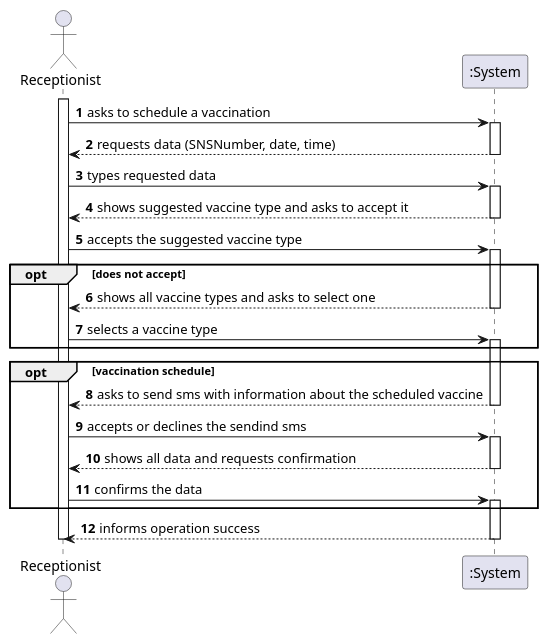
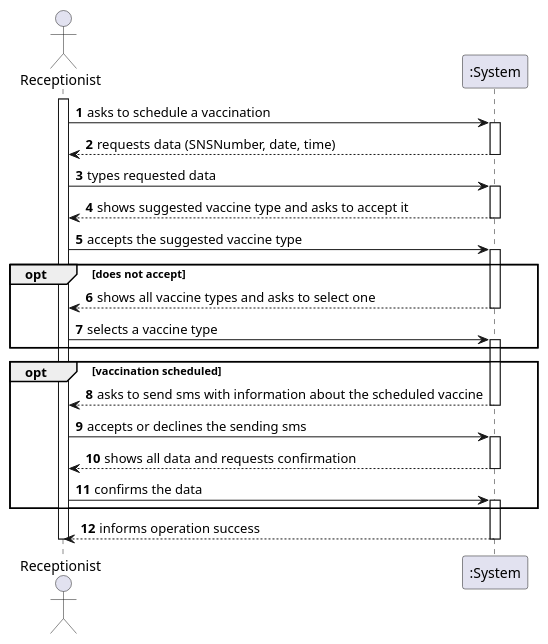
Before and after one commit to miseEnPlace-i/lapr2: the diagram in docs/SprintC/US02/SSD/US02_SSD.puml, drawn with PlantUML. The commit also changed 2 other files, not shown here.

```diff
--- a/docs/SprintC/US02/SSD/US02_SSD.puml
+++ b/docs/SprintC/US02/SSD/US02_SSD.puml
@@ -1,41 +1,41 @@
 @startuml US02_SSD
 autonumber
 actor "Receptionist" as Recept
 
 activate Recept
 Recept -> ":System" : asks to schedule a vaccination
 activate ":System"
 ":System" --> Recept : requests data (SNSNumber, date, time)
 deactivate ":System"
 Recept -> ":System" : types requested data
 activate ":System"
 
 ":System" --> Recept : shows suggested vaccine type and asks to accept it
 deactivate ":System"
 Recept -> ":System" : accepts the suggested vaccine type
 activate ":System"
 
 opt does not accept
 ":System" --> Recept : shows all vaccine types and asks to select one
 deactivate ":System"
 Recept -> ":System" : selects a vaccine type
 activate ":System"
 end
 
-opt vaccination schedule
+opt vaccination scheduled
 ":System" --> Recept : asks to send sms with information about the scheduled vaccine 
 deactivate ":System"
-Recept -> ":System" : accepts or declines the sendind sms
+Recept -> ":System" : accepts or declines the sending sms
 activate ":System"
 
 ":System" --> Recept : shows all data and requests confirmation
 deactivate ":System"
 Recept -> ":System" : confirms the data
 activate ":System"
 end
 ":System" --> Recept : informs operation success
 deactivate ":System"
 
 deactivate Recept
 
 @enduml
```
